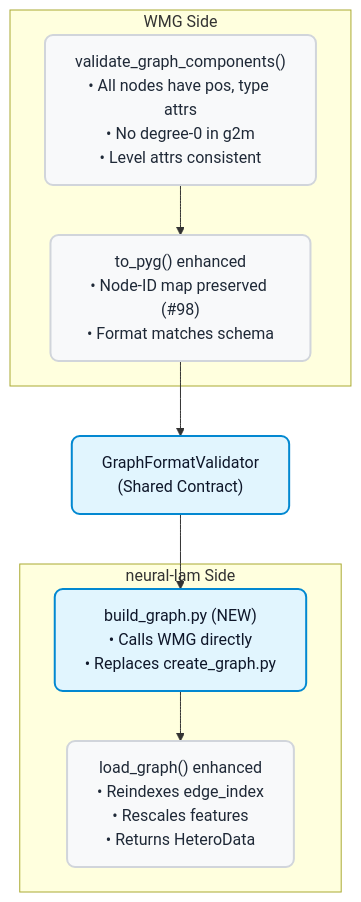
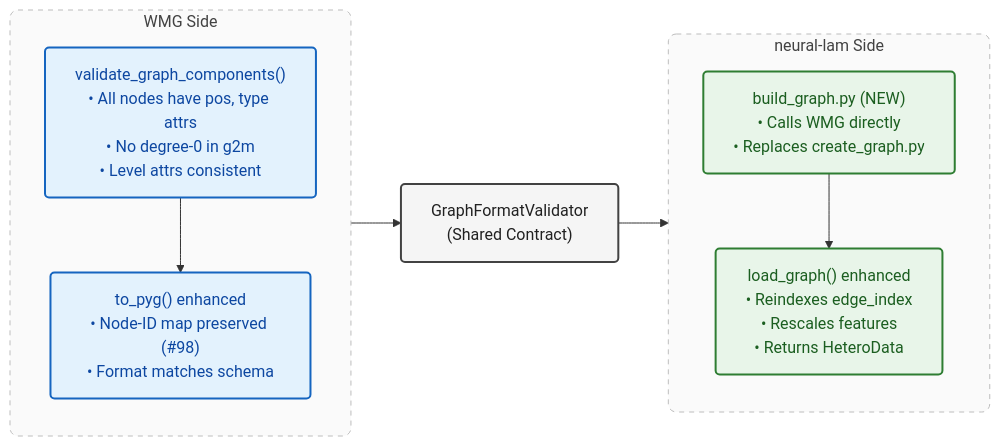
The seventh of 11 diagrams in GSoC_Project_Created_By_Antigravity.md (prajwal-tech07/Gsoc_test), drawn with Mermaid before and after one commit. The commit also changed other lines of this file, not shown here.

First line of the commit message:
Refactor mermaid diagrams and improve text clarity

````diff
--- a/GSoC_Project_Created_By_Antigravity.md
+++ b/GSoC_Project_Created_By_Antigravity.md
@@ -359,19 +416,35 @@
 ```mermaid
-flowchart TD
-    classDef default fill:#f8f9fa,stroke:#d1d5db,stroke-width:2px,rx:8px,color:#1f2937
-    classDef highlight fill:#e1f5fe,stroke:#0288d1,stroke-width:2px,rx:8px,color:#0f172a
+flowchart LR
+    %% Professional Color Palette
+    classDef wmg fill:#E3F2FD,stroke:#1565C0,stroke-width:2px,color:#0D47A1,rx:4px
+    classDef contract fill:#F5F5F5,stroke:#424242,stroke-width:2px,color:#212121,rx:4px
+    classDef nl fill:#E8F5E9,stroke:#2E7D32,stroke-width:2px,color:#1B5E20,rx:4px
 
-    subgraph WMG_SIDE["WMG Side"]
-        V["validate_graph_components()\n• All nodes have pos, type attrs\n• No degree-0 in g2m\n• Level attrs consistent"]
-        TP["to_pyg() enhanced\n• Node-ID map preserved (#98)\n• Format matches schema"]
+    subgraph WMG ["WMG Side"]
+        direction TB
+        V["validate_graph_components()<br/>• All nodes have pos, type attrs<br/>• No degree-0 in g2m<br/>• Level attrs consistent"]:::wmg
+        TP["to_pyg() enhanced<br/>• Node-ID map preserved (#98)<br/>• Format matches schema"]:::wmg
+        
+        %% Internal vertical stacking
+        V --> TP
     end
 
-    GFV["GraphFormatValidator\n(Shared Contract)"]:::highlight
+    GFV["GraphFormatValidator<br/>(Shared Contract)"]:::contract
 
-    subgraph NL_SIDE["neural-lam Side"]
-        BG["build_graph.py (NEW)\n• Calls WMG directly\n• Replaces create_graph.py"]:::highlight
-        LG["load_graph() enhanced\n• Reindexes edge_index\n• Rescales features\n• Returns HeteroData"]
+    subgraph NL ["neural-lam Side"]
+        direction TB
+        BG["build_graph.py (NEW)<br/>• Calls WMG directly<br/>• Replaces create_graph.py"]:::nl
+        LG["load_graph() enhanced<br/>• Reindexes edge_index<br/>• Rescales features<br/>• Returns HeteroData"]:::nl
+        
+        %% Internal vertical stacking
+        BG --> LG
     end
 
-    V --> TP --> GFV --> BG --> LG
+    %% Connect the outer containers to force a straight horizontal line
+    WMG --> GFV
+    GFV --> NL
+
+    %% Styling for the outer dashed boxes
+    style WMG fill:#FAFAFA,stroke:#BDBDBD,stroke-dasharray: 5 5,color:#424242,rx:8px
+    style NL fill:#FAFAFA,stroke:#BDBDBD,stroke-dasharray: 5 5,color:#424242,rx:8px
 ```
````
